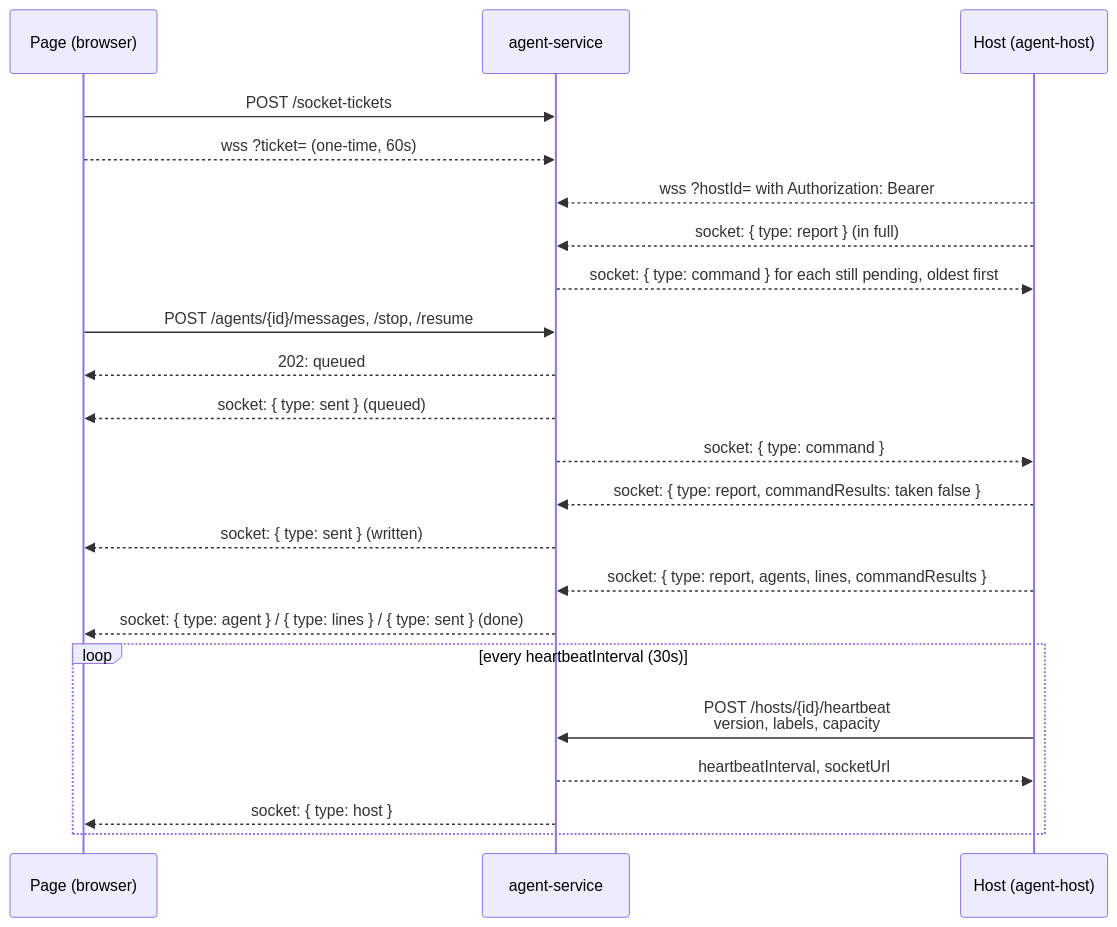
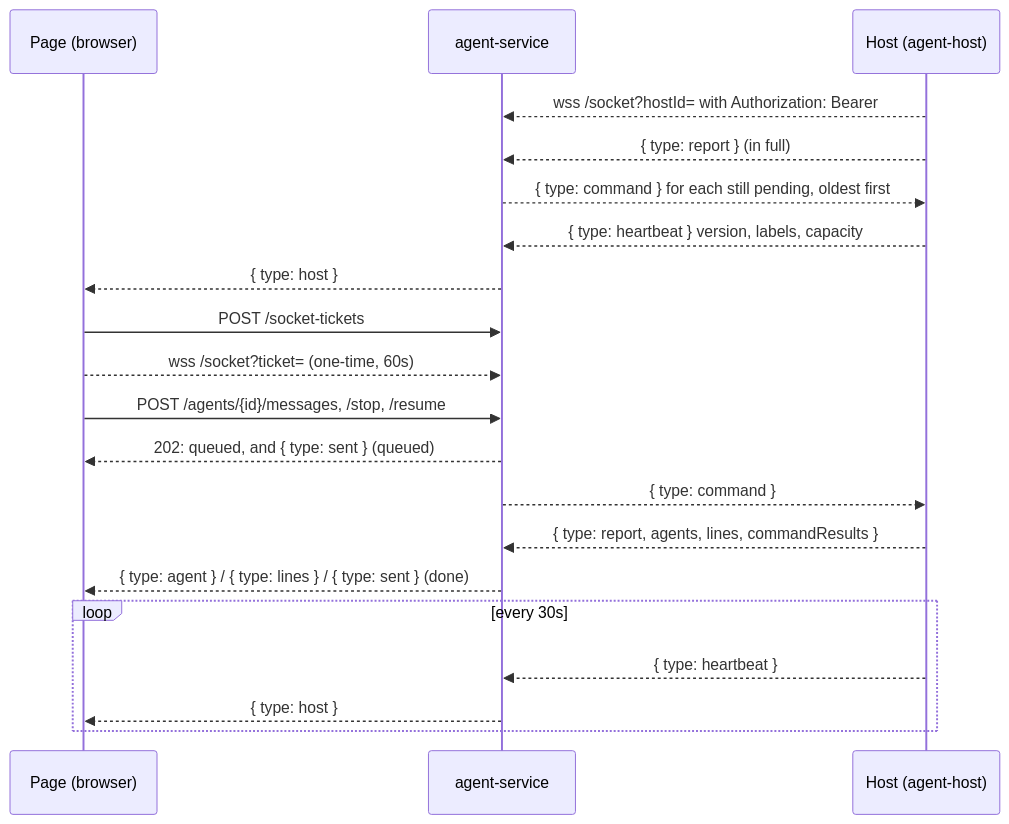
Before and after one commit to dakotacolorado/agency: the diagram in README.md, drawn with Mermaid. The commit also changed other lines of this file and 21 other files, not shown here.

First line of the commit message:
A host's heartbeat goes up its socket, and a message is delivered or not

````diff
--- a/README.md
+++ b/README.md
@@ -85,28 +91,26 @@
 ```mermaid
 sequenceDiagram
     participant P as Page (browser)
     participant S as agent-service
     participant H as Host (agent-host)
 
+    H-->>S: wss /socket?hostId= with Authorization: Bearer
+    H-->>S: { type: report } (in full)
+    S-->>H: { type: command } for each still pending, oldest first
+    H-->>S: { type: heartbeat } version, labels, capacity
+    S-->>P: { type: host }
+
     P->>S: POST /socket-tickets
-    P-->>S: wss ?ticket= (one-time, 60s)
-    H-->>S: wss ?hostId= with Authorization: Bearer
-    H-->>S: socket: { type: report } (in full)
-    S-->>H: socket: { type: command } for each still pending, oldest first
+    P-->>S: wss /socket?ticket= (one-time, 60s)
 
     P->>S: POST /agents/{id}/messages, /stop, /resume
-    S-->>P: 202: queued
-    S-->>P: socket: { type: sent } (queued)
-    S-->>H: socket: { type: command }
+    S-->>P: 202: queued, and { type: sent } (queued)
+    S-->>H: { type: command }
+    H-->>S: { type: report, agents, lines, commandResults }
+    S-->>P: { type: agent } / { type: lines } / { type: sent } (done)
 
-    H-->>S: socket: { type: report, commandResults: taken false }
-    S-->>P: socket: { type: sent } (written)
-    H-->>S: socket: { type: report, agents, lines, commandResults }
-    S-->>P: socket: { type: agent } / { type: lines } / { type: sent } (done)
-
-    loop every heartbeatInterval (30s)
-        H->>S: POST /hosts/{id}/heartbeat<br/>version, labels, capacity
-        S-->>H: heartbeatInterval, socketUrl
-        S-->>P: socket: { type: host }
+    loop every 30s
+        H-->>S: { type: heartbeat }
+        S-->>P: { type: host }
     end
 ```
````
